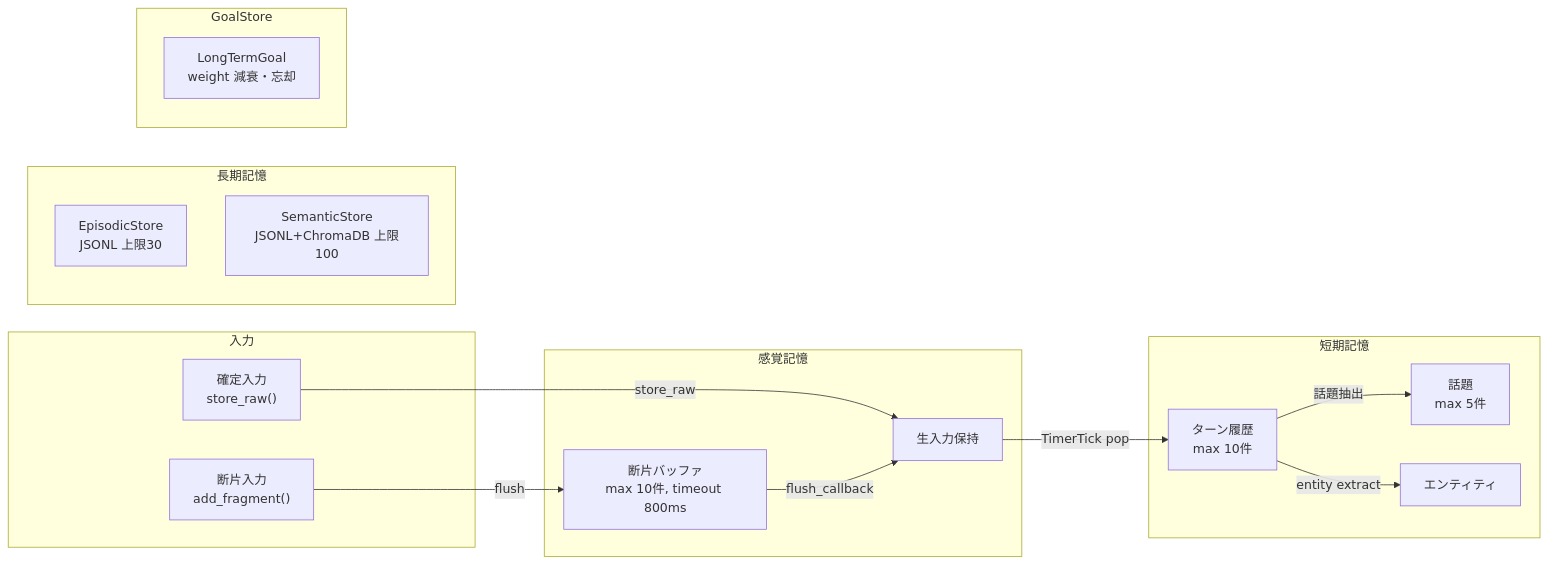
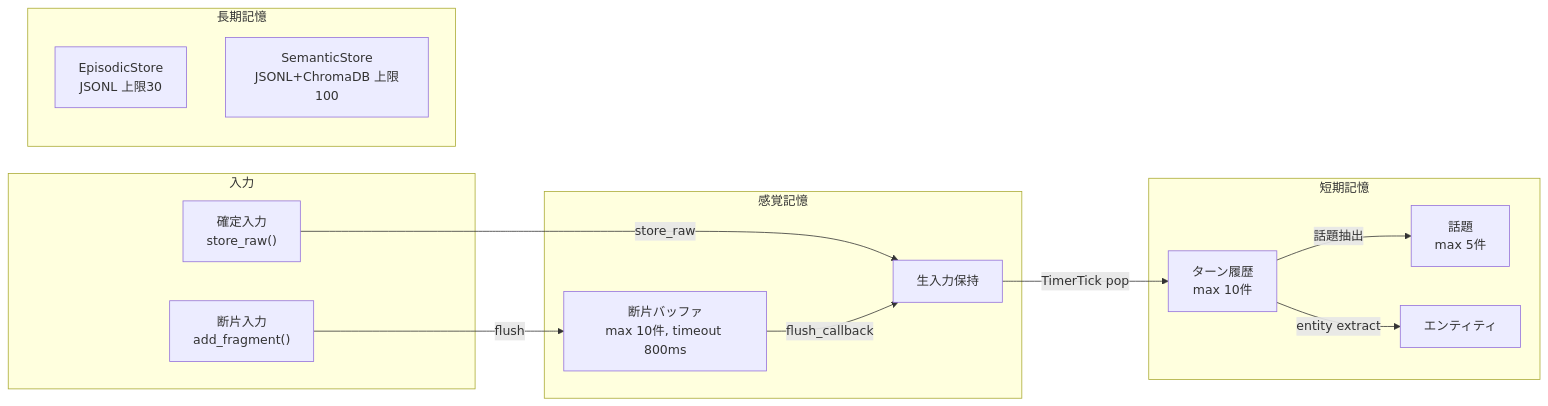
One commit to ibukani/iris-mind changed the diagram in docs/how-it-works/02-memory-system.md. Above: the diagram before and after it, drawn with Mermaid. The commit also changed other lines of this file and 217 other files, not shown here.

````diff
--- a/docs/how-it-works/02-memory-system.md
+++ b/docs/how-it-works/02-memory-system.md
@@ -3,35 +3,31 @@
 ```mermaid
 flowchart LR
     subgraph Input["入力"]
         FRAG["断片入力<br/>add_fragment()"]
         RAW_IN["確定入力<br/>store_raw()"]
     end
 
     subgraph Sensory["感覚記憶"]
         FBUF["断片バッファ<br/>max 10件, timeout 800ms"]
         RBUF["生入力保持"]
     end
 
     subgraph STM["短期記憶"]
         TURNS["ターン履歴<br/>max 10件"]
         TOPICS["話題<br/>max 5件"]
         ENTITIES["エンティティ"]
     end
 
     subgraph LTM["長期記憶"]
         EPI["EpisodicStore<br/>JSONL 上限30"]
         SEM["SemanticStore<br/>JSONL+ChromaDB 上限100"]
     end
 
-    subgraph GOALS["GoalStore"]
-        G["LongTermGoal<br/>weight 減衰・忘却"]
-    end
-
     FRAG -->|flush| FBUF
     RAW_IN -->|store_raw| RBUF
     FBUF -->|flush_callback| RBUF
     RBUF -->|TimerTick pop| TURNS
 
     TURNS -->|話題抽出| TOPICS
     TURNS -->|entity extract| ENTITIES
 ```
````
